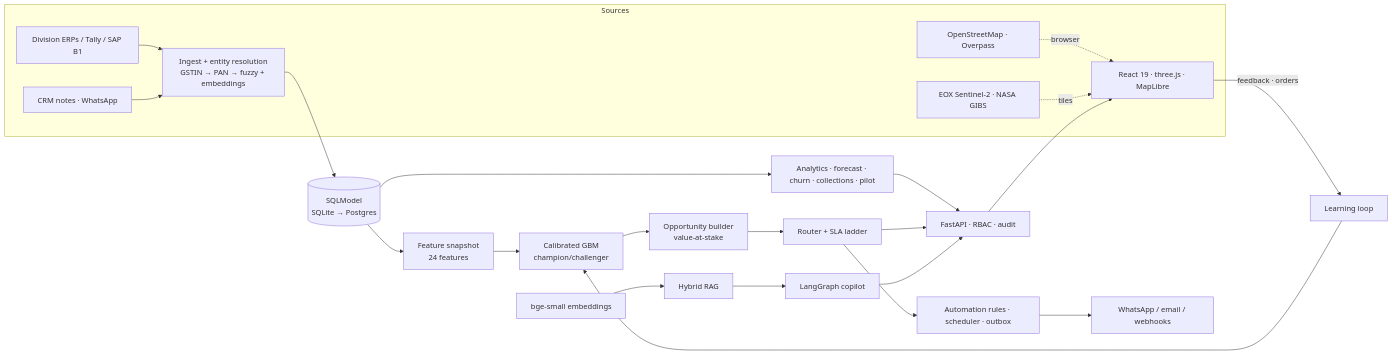
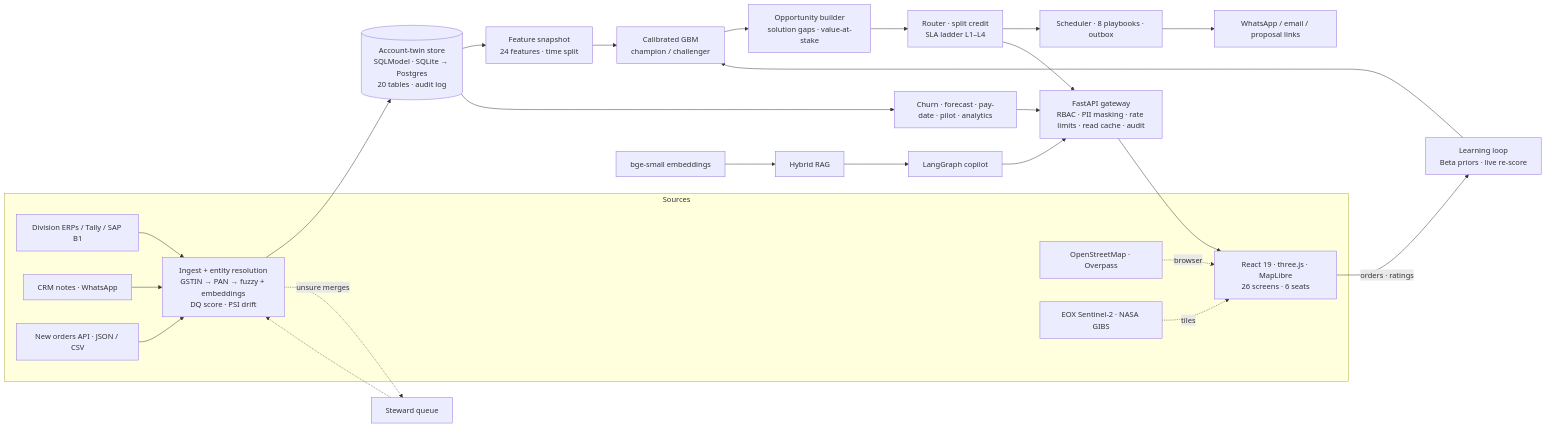
The diagram in README.md (SDP42/constella-cnl), drawn with Mermaid before and after one commit. The commit also changed other lines of this file, not shown here.

````diff
--- a/README.md
+++ b/README.md
@@ -81,23 +163,25 @@
 ```mermaid
 flowchart LR
   subgraph Sources
     ERP[Division ERPs / Tally / SAP B1] --> ING
     CRM[CRM notes · WhatsApp] --> ING
+    ORD[New orders API · JSON / CSV] --> ING
     OSM[OpenStreetMap · Overpass] -. browser .-> WEB
     SAT[EOX Sentinel-2 · NASA GIBS] -. tiles .-> WEB
   end
-  ING[Ingest + entity resolution<br/>GSTIN → PAN → fuzzy + embeddings] --> DB[(SQLModel<br/>SQLite → Postgres)]
-  DB --> FEAT[Feature snapshot<br/>24 features]
-  FEAT --> GBM[Calibrated GBM<br/>champion/challenger]
-  GBM --> OPP[Opportunity builder<br/>value-at-stake]
-  OPP --> RT[Router + SLA ladder]
-  RT --> AUTO[Automation rules · scheduler · outbox]
-  AUTO --> WA[WhatsApp / email / webhooks]
-  DB --> AN[Analytics · forecast · churn · collections · pilot]
+  ING[Ingest + entity resolution<br/>GSTIN → PAN → fuzzy + embeddings<br/>DQ score · PSI drift] --> DB[(Account-twin store<br/>SQLModel · SQLite → Postgres<br/>20 tables · audit log)]
+  ING -. unsure merges .-> STW[Steward queue] -.-> ING
+  DB --> FEAT[Feature snapshot<br/>24 features · time split]
+  FEAT --> GBM[Calibrated GBM<br/>champion / challenger]
+  GBM --> OPP[Opportunity builder<br/>solution gaps · value-at-stake]
+  OPP --> RT[Router · split credit<br/>SLA ladder L1–L4]
+  RT --> AUTO[Scheduler · 8 playbooks · outbox]
+  AUTO --> WA[WhatsApp / email / proposal links]
+  DB --> AN[Churn · forecast · pay-date · pilot · analytics]
   EMB[bge-small embeddings] --> RAG[Hybrid RAG] --> AG[LangGraph copilot]
-  AN --> API[FastAPI · RBAC · audit]
+  AN --> API[FastAPI gateway<br/>RBAC · PII masking · rate limits · read cache · audit]
   RT --> API
   AG --> API
-  API --> WEB[React 19 · three.js · MapLibre]
-  WEB -->|feedback · orders| LEARN[Learning loop] --> GBM
+  API --> WEB[React 19 · three.js · MapLibre<br/>26 screens · 6 seats]
+  WEB -->|orders · ratings| LEARN[Learning loop<br/>Beta priors · live re-score] --> GBM
 ```
````
